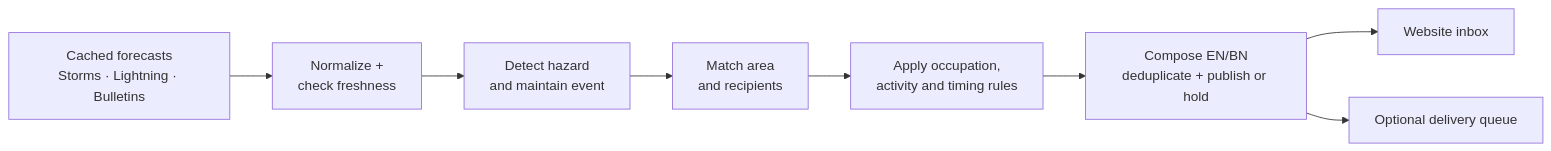
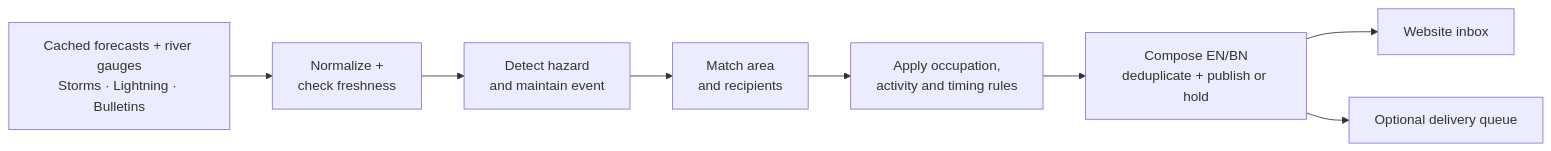
The second of 2 diagrams in README.md (ayhanarashtasin/HackForHumanity_Hackathon), drawn with Mermaid before and after one commit. The commit also changed other lines of this file and 38 other files, not shown here.

````diff
--- a/README.md
+++ b/README.md
@@ -135,10 +142,10 @@
 ```mermaid
 flowchart LR
-    A["Cached forecasts<br/>Storms · Lightning · Bulletins"] --> B["Normalize +<br/>check freshness"]
+    A["Cached forecasts + river gauges<br/>Storms · Lightning · Bulletins"] --> B["Normalize +<br/>check freshness"]
     B --> C["Detect hazard<br/>and maintain event"]
     C --> D["Match area<br/>and recipients"]
     D --> E["Apply occupation,<br/>activity and timing rules"]
     E --> F["Compose EN/BN<br/>deduplicate + publish or hold"]
     F --> G["Website inbox"]
     F --> H["Optional delivery queue"]
 ```
````
